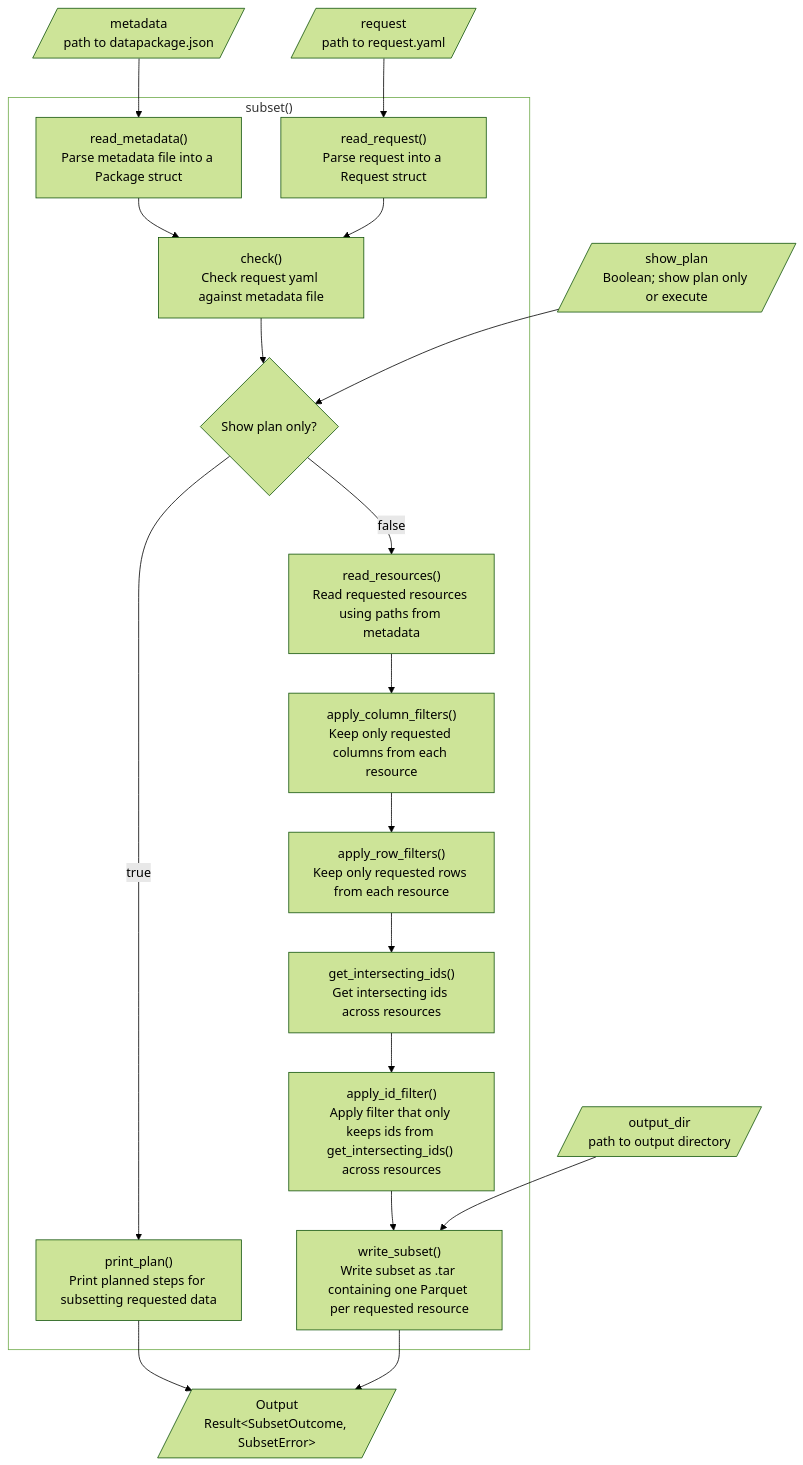
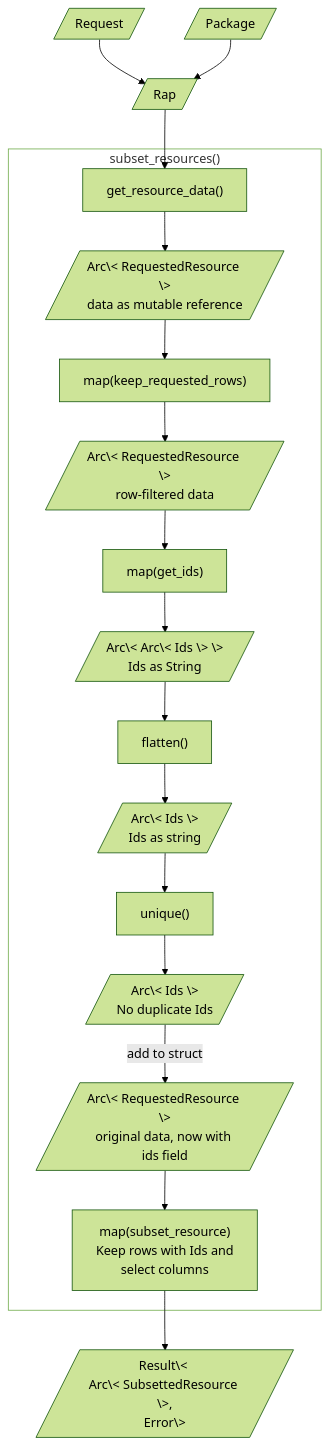
The second of 2 diagrams in docs/design/interface/rust.qmd (seedcase-project/seedcase-propagate), drawn with Mermaid (forest theme) before and after one commit. The commit also changed other lines of this file and 4 other files, not shown here.

Commit message:
docs: 🏗️ major revision of subset resource design

````diff
--- a/docs/design/interface/rust.qmd
+++ b/docs/design/interface/rust.qmd
@@ -101,41 +107,49 @@
 ```{mermaid}
 %%| label: fig-subset-flow
-%%| fig-cap: "The flow of input and output through the subset function."
+%%| fig-cap: "The flow of input and output through the `subset_resources()` function."
 %%| fig-alt: >-
-%%|   Diagram showing the flow of input and output through the `subset()`
-%%|   function. The user provides the request, metadata file, output directory,
-%%|   and whether they want to only print the planned steps (`show_plan = true`)
-%%|   or actually execute the subsetting and write the output (`show_plan =
-%%|   false`). Both paths return a `SubsetOutcome`.
-%%|   
+%%|   Diagram showing the flow of input and output through the
+%%|   `subset_resources()` function. There are several steps involved, which are
+%%|   textually described in the list above the diagram.
+
 flowchart TD
-    request[/"request<br>path to request.yaml"/]
-    metadata[/"metadata<br>path to datapackage.json"/]
-    output_dir[/"output_dir<br>path to output directory"/]
-    show_plan[/"show_plan<br>Boolean; show plan only or execute"/]
-    output[/"Output<br>Result&lt;SubsetOutcome, SubsetError&gt;"/]
+    Request[/"Request"/]
+    Package[/"Package"/]
+    Rap[/"Rap"/]
+    output[/"Result\< <br>Arc\< SubsettedResource \>,<br>Error\>"/]
 
+    Request & Package --> Rap
+    Rap --> get_resource_data
 
-    subgraph subset ["subset()"]
-      read_request["read_request()<br>Parse request into a Request struct"]
-      read_metadata["read_metadata()<br>Parse metadata file into a Package struct"]
-      check["check()<br>Check request yaml against metadata file"]
-      show_plan_expr{Show plan only?}
-      print_plan["print_plan()<br>Print planned steps for subsetting requested data"]
-      read_resources["read_resources()<br>Read requested resources using paths from metadata"]
-      apply_column_filters["apply_column_filters()<br>Keep only requested columns from each resource"]
-      apply_row_filters["apply_row_filters()<br>Keep only requested rows from each resource"]
-      get_intersecting_ids["get_intersecting_ids()<br>Get intersecting ids across resources"]
-      apply_id_filter["apply_id_filter()<br>Apply filter that only keeps ids from get_intersecting_ids() across resources"]
-      write_subset["write_subset()<br>Write subset as .tar containing one Parquet per requested resource"]
+    subgraph subset_resources ["subset_resources()"]
+      get_resource_data["get_resource_data()"]
+      RequestedResource1[/"Arc\< RequestedResource \><br>data as mutable reference"/]
+      map_keep_requested_rows["map(keep_requested_rows)"]
+      RequestedResource2[/"Arc\< RequestedResource \><br>row-filtered data"/]
+      map_get_ids["map(get_ids)"]
+      AAIds[/"Arc\< Arc\< Ids \> \><br>Ids as String"/]
+      flatten["flatten()"]
+      ArcIds[/"Arc\< Ids \><br>Ids as string"/]
+      unique["unique()"]
+      UniqueIds[/"Arc\< Ids \><br>No duplicate Ids"/]
+      RequestedResource3[/"Arc\< RequestedResource \><br>original data, now with ids field"/]
+      map_subset_resource["map(subset_resource)<br>Keep rows with Ids and<br>select columns"]
 
+      get_resource_data -->
+        RequestedResource1 -->
+        map_keep_requested_rows -->
+        RequestedResource2 -->
+        map_get_ids -->
+        AAIds -->
+        flatten -->
+        ArcIds -->
+        unique -->
+        UniqueIds -->|add to struct| RequestedResource3 -->
+        map_subset_resource
     end
-    show_plan --> show_plan_expr
-    request --> read_request --> check 
-    metadata --> read_metadata --> check --> show_plan_expr --false--> read_resources --> apply_column_filters --> apply_row_filters --> get_intersecting_ids --> apply_id_filter --> write_subset --> output
-    show_plan_expr --true--> print_plan --> output
-    output_dir --> write_subset
 
-    subset:::outer_function
-  classDef outer_function fill:none
+    map_subset_resource --> output
+
+    subset_resources:::outer_function
+    classDef outer_function fill:none
 ```
````
